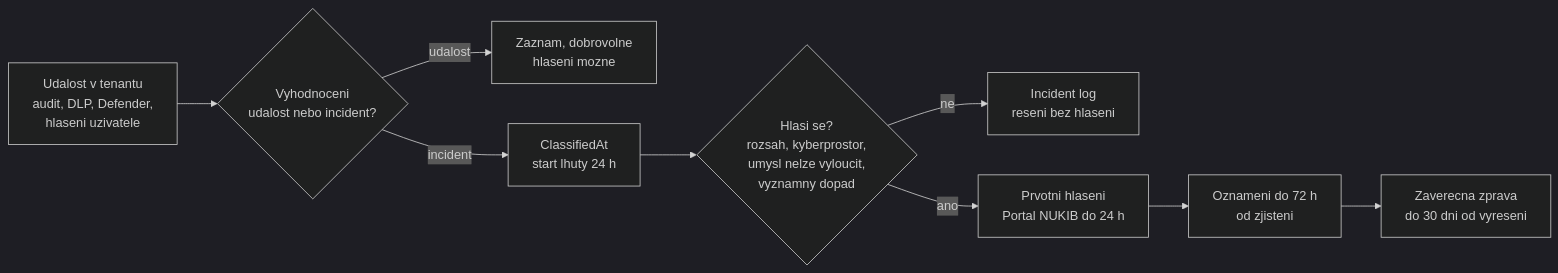
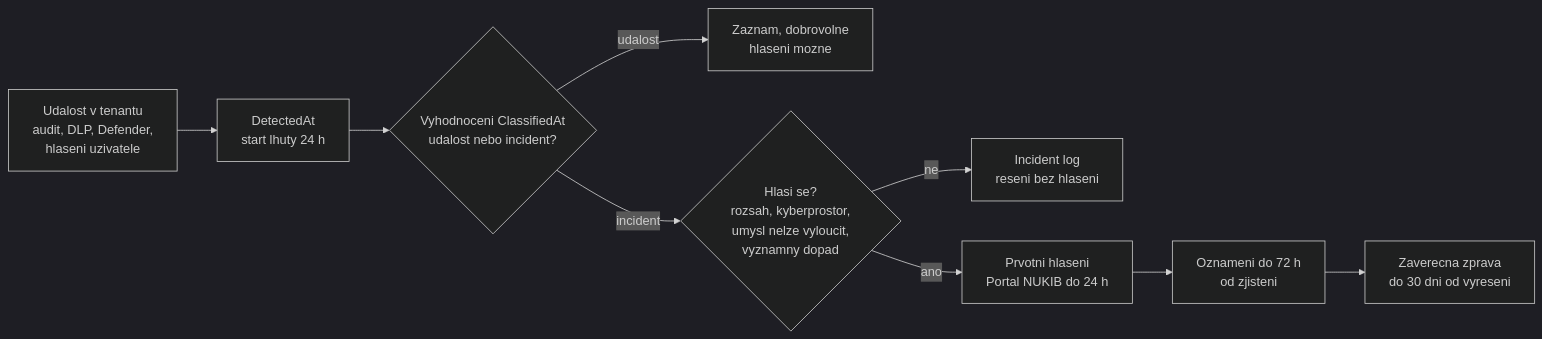
One commit to MalasekPetr/gopas-goc248 changed the diagram in day-4/audit-incident-response/README.md. Above: the diagram before and after it, drawn with Mermaid (dark theme). The commit also changed other lines of this file and 47 other files, not shown here.

````diff
--- a/day-4/audit-incident-response/README.md
+++ b/day-4/audit-incident-response/README.md
@@ -27,11 +27,11 @@
 ```mermaid
 flowchart LR
-  E[Udalost v tenantu<br/>audit, DLP, Defender,<br/>hlaseni uzivatele] --> V{Vyhodnoceni<br/>udalost nebo incident?}
+  E[Udalost v tenantu<br/>audit, DLP, Defender,<br/>hlaseni uzivatele] --> D[DetectedAt<br/>start lhuty 24 h]
+  D --> V{Vyhodnoceni ClassifiedAt<br/>udalost nebo incident?}
   V -->|udalost| U[Zaznam, dobrovolne<br/>hlaseni mozne]
-  V -->|incident| C[ClassifiedAt<br/>start lhuty 24 h]
-  C --> P{Hlasi se?<br/>rozsah, kyberprostor,<br/>umysl nelze vyloucit,<br/>vyznamny dopad}
+  V -->|incident| P{Hlasi se?<br/>rozsah, kyberprostor,<br/>umysl nelze vyloucit,<br/>vyznamny dopad}
   P -->|ne| R[Incident log<br/>reseni bez hlaseni]
   P -->|ano| H[Prvotni hlaseni<br/>Portal NUKIB do 24 h]
   H --> O[Oznameni do 72 h<br/>od zjisteni]
   O --> Z[Zaverecna zprava<br/>do 30 dni od vyreseni]
 ```
````
